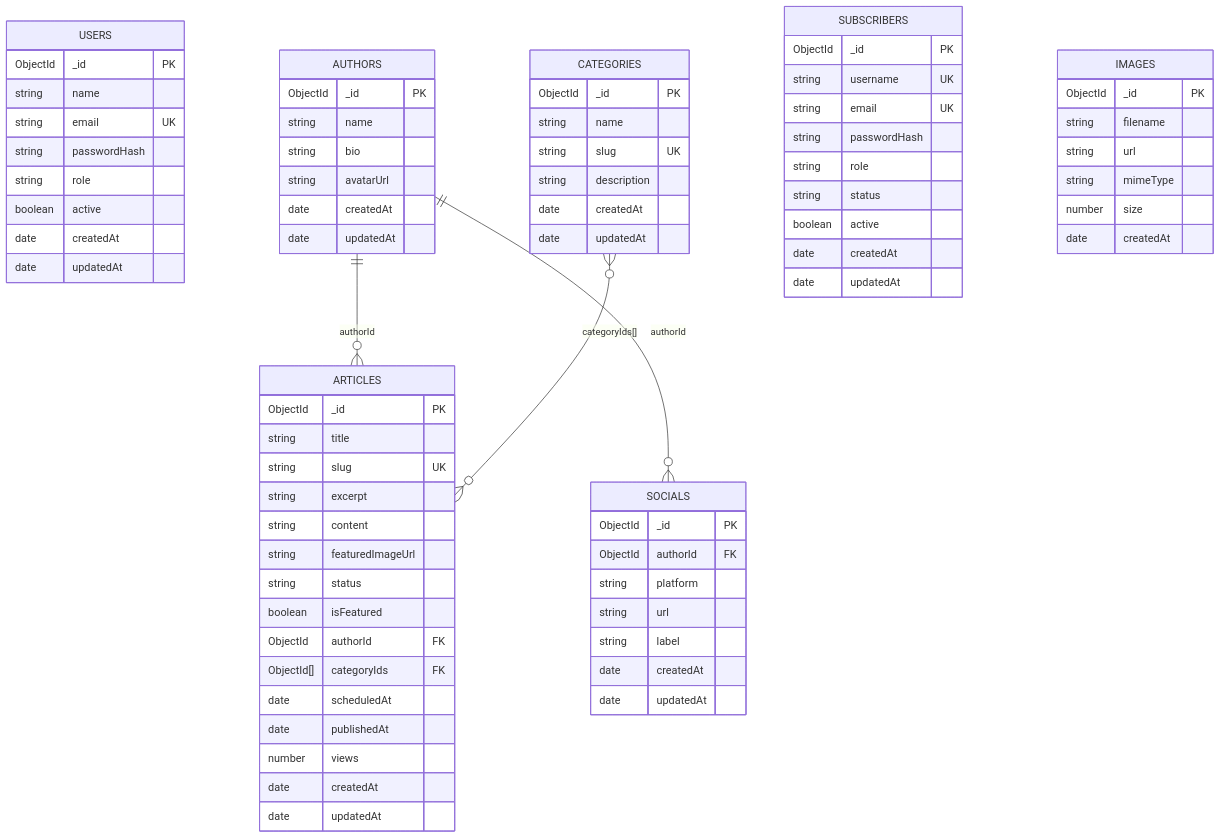
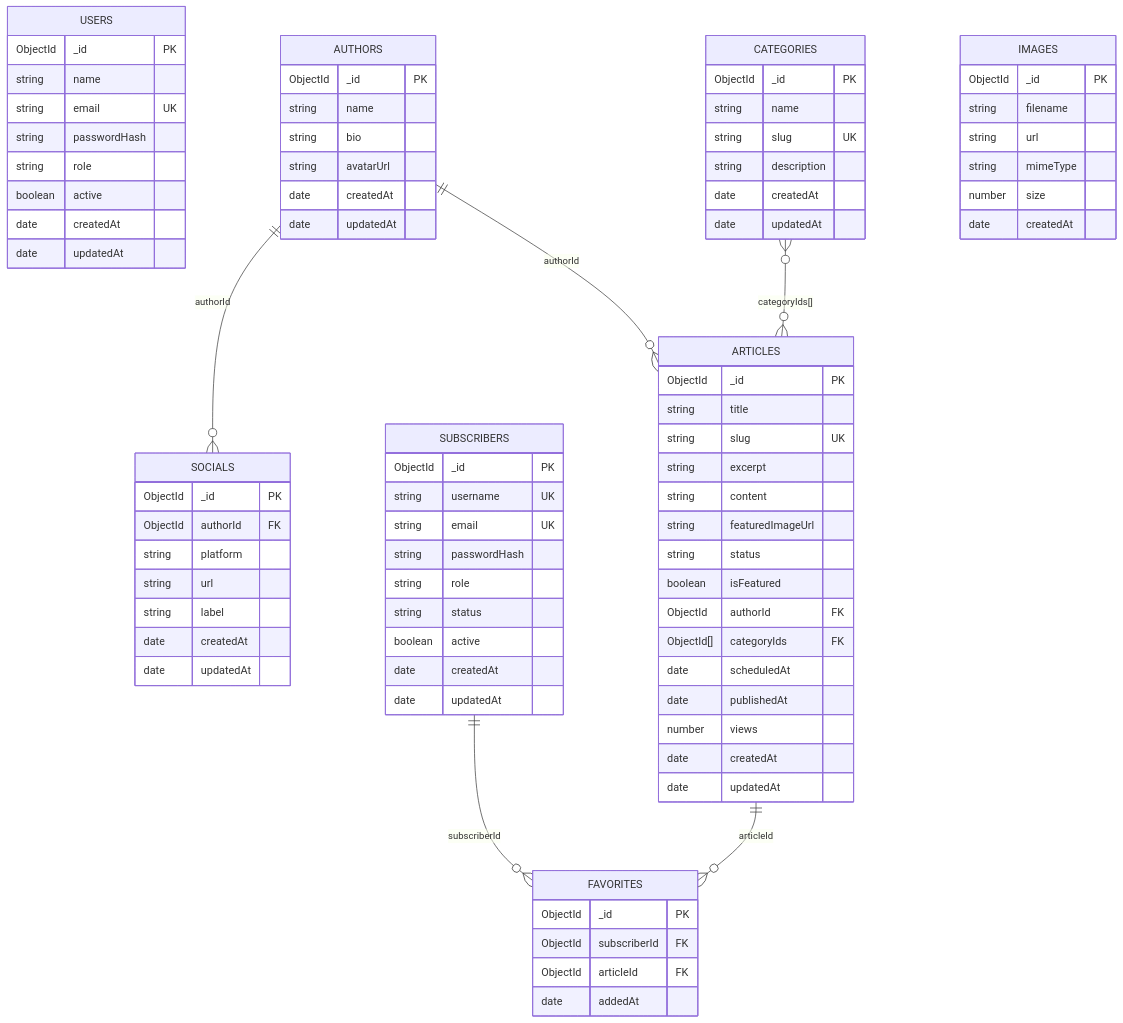
One commit to carlosbrisenoDev/periodico changed the second of 2 diagrams in docs/endpionts.md. Above: the diagram before and after it, drawn with Mermaid. The commit also changed other lines of this file and 13 other files, not shown here.

````diff
--- a/docs/endpionts.md
+++ b/docs/endpionts.md
@@ -120,6 +126,13 @@
     date updatedAt
   }
 
+  FAVORITES {
+    ObjectId _id PK
+    ObjectId subscriberId FK
+    ObjectId articleId FK
+    date addedAt
+  }
+
   IMAGES {
     ObjectId _id PK
     string filename
@@ -132,4 +145,6 @@
   AUTHORS ||--o{ ARTICLES : "authorId"
   AUTHORS ||--o{ SOCIALS : "authorId"
   CATEGORIES }o--o{ ARTICLES : "categoryIds[]"
+  SUBSCRIBERS ||--o{ FAVORITES : "subscriberId"
+  ARTICLES ||--o{ FAVORITES : "articleId"
 ```
````
